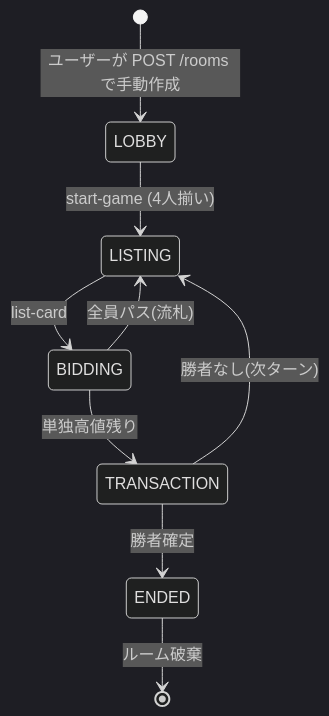
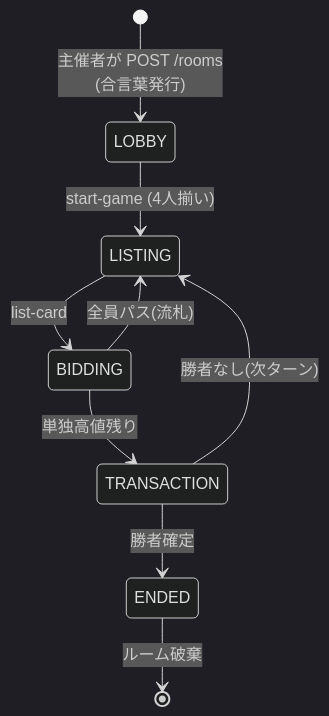
The diagram in docs/design/03_state_flow.md (calm1205/bluff-auction), drawn with Mermaid (dark theme) before and after one commit.

Commit message:
chore: auto-commit by Claude Code

````diff
--- a/docs/design/03_state_flow.md
+++ b/docs/design/03_state_flow.md
@@ -5,11 +5,11 @@
 ```mermaid
 stateDiagram-v2
-    [*] --> LOBBY: ユーザーが POST /rooms で手動作成
+    [*] --> LOBBY: 主催者が POST /rooms<br/>(合言葉発行)
     LOBBY --> LISTING: start-game (4人揃い)
     LISTING --> BIDDING: list-card
     BIDDING --> TRANSACTION: 単独高値残り
     BIDDING --> LISTING: 全員パス(流札)
     TRANSACTION --> LISTING: 勝者なし(次ターン)
     TRANSACTION --> ENDED: 勝者確定
     ENDED --> [*]: ルーム破棄
 ```
````
